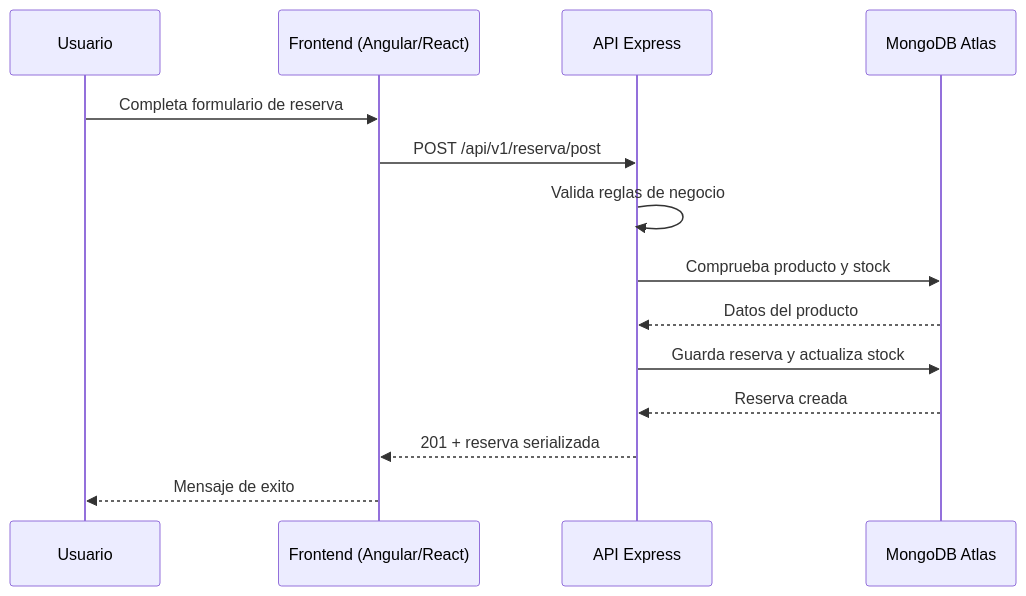
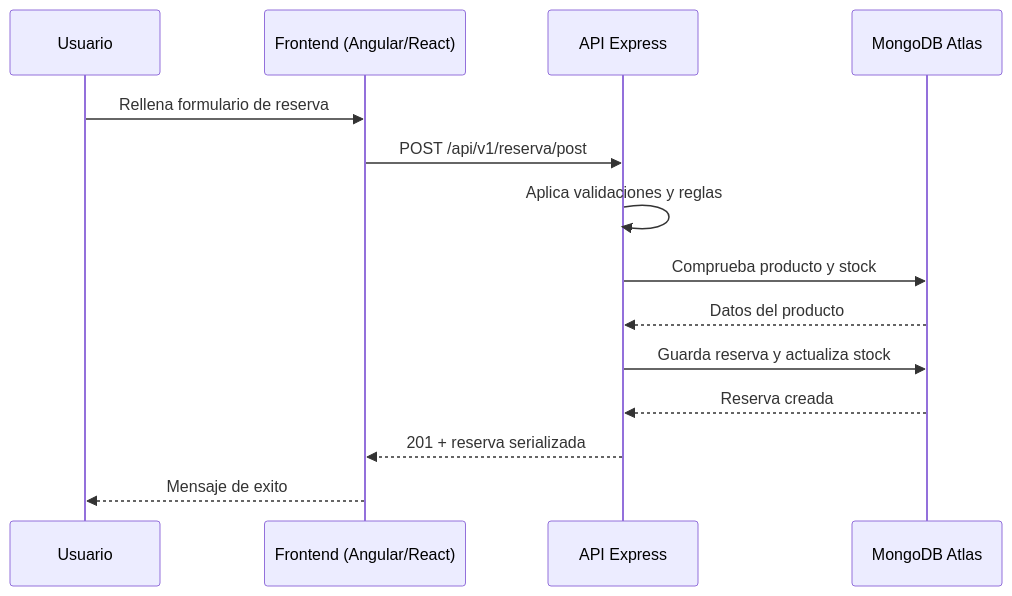
Before and after one commit to jesuu194/elexia-reservas: the second of 2 diagrams in README.md, drawn with Mermaid. The commit also changed other lines of this file and 18 other files, not shown here.

````diff
--- a/README.md
+++ b/README.md
@@ -35,17 +37,17 @@
 ```mermaid
 sequenceDiagram
 	participant U as Usuario
 	participant FE as Frontend (Angular/React)
 	participant API as API Express
 	participant DB as MongoDB Atlas
 
-	U->>FE: Completa formulario de reserva
+	U->>FE: Rellena formulario de reserva
 	FE->>API: POST /api/v1/reserva/post
-	API->>API: Valida reglas de negocio
+	API->>API: Aplica validaciones y reglas
 	API->>DB: Comprueba producto y stock
 	DB-->>API: Datos del producto
 	API->>DB: Guarda reserva y actualiza stock
 	DB-->>API: Reserva creada
 	API-->>FE: 201 + reserva serializada
 	FE-->>U: Mensaje de exito
 ```
````
